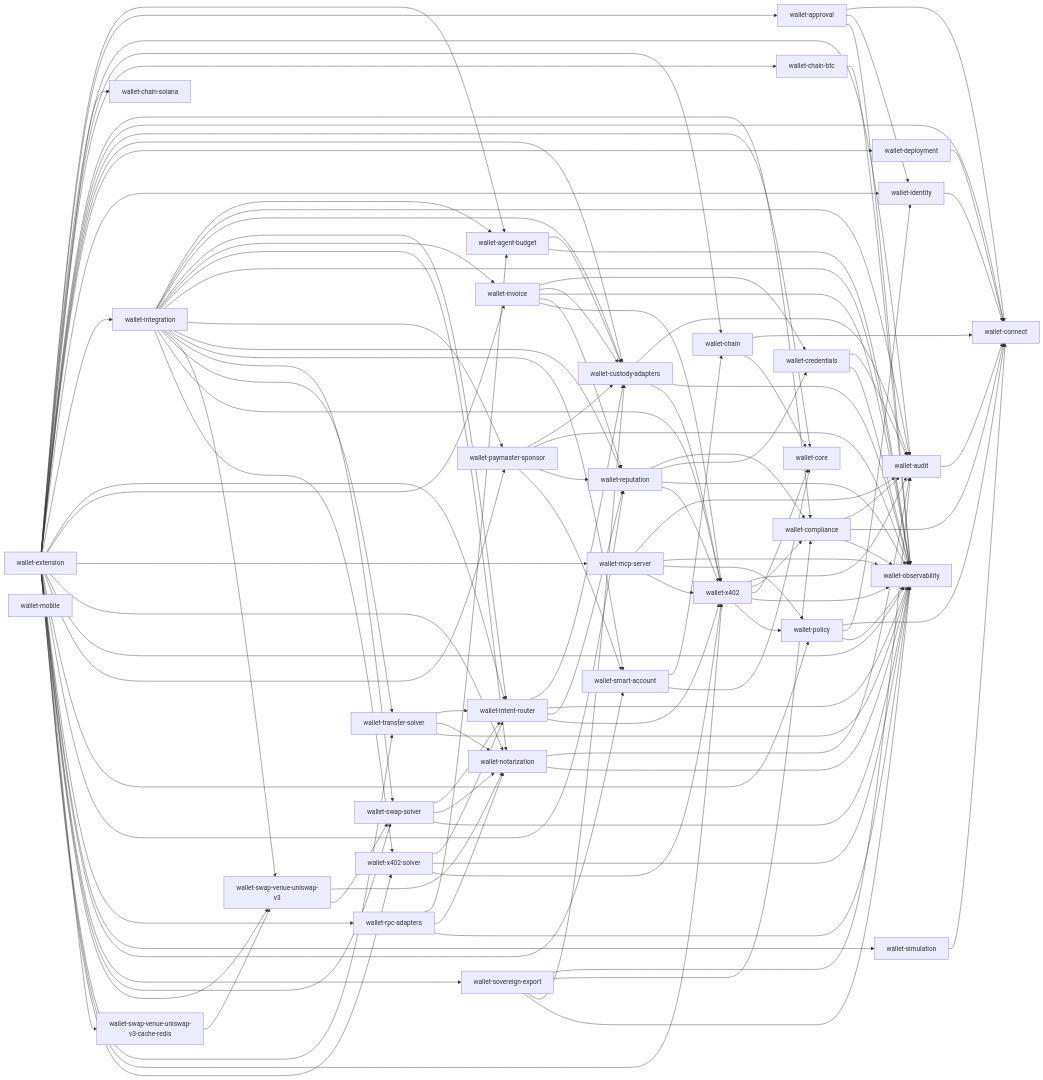
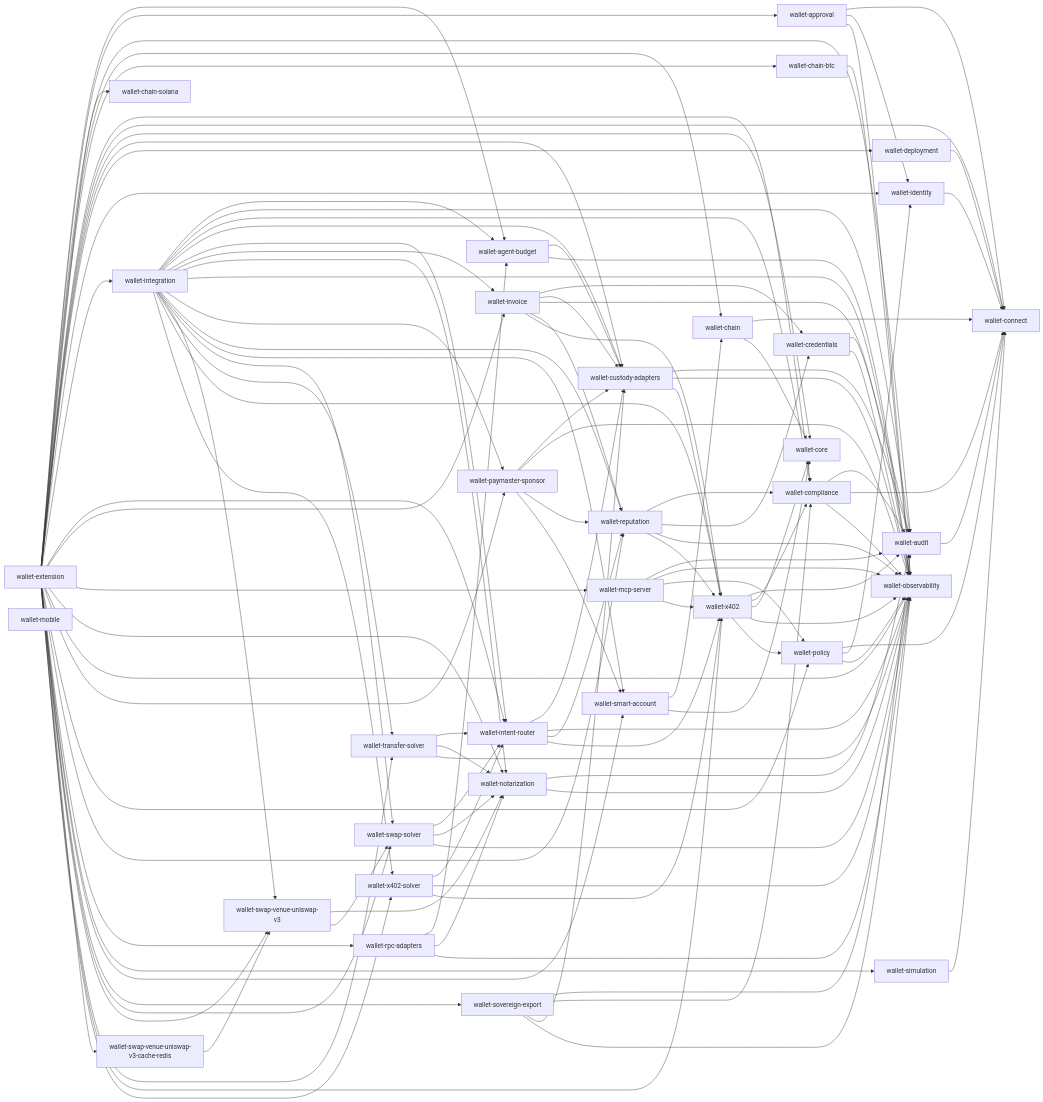
One commit to aethelred-foundation/wallet changed the diagram in reports/workspace-deps.mmd. Above: the diagram before and after it, drawn with Mermaid. The commit also changed 6 other files, not shown here.

```diff
--- a/reports/workspace-deps.mmd
+++ b/reports/workspace-deps.mmd
@@ -1,124 +1,125 @@
 flowchart LR
   wallet-agent-budget --> wallet-custody-adapters
   wallet-agent-budget --> wallet-observability
   wallet-approval --> wallet-connect
   wallet-approval --> wallet-identity
   wallet-approval --> wallet-observability
   wallet-audit --> wallet-connect
   wallet-chain --> wallet-connect
   wallet-chain --> wallet-core
   wallet-chain-btc --> wallet-observability
   wallet-chain-solana
   wallet-compliance --> wallet-audit
   wallet-compliance --> wallet-connect
   wallet-compliance --> wallet-observability
   wallet-connect
   wallet-core
   wallet-credentials --> wallet-audit
   wallet-credentials --> wallet-observability
   wallet-custody-adapters --> wallet-audit
   wallet-custody-adapters --> wallet-observability
   wallet-custody-adapters --> wallet-x402
   wallet-deployment --> wallet-connect
   wallet-extension --> wallet-agent-budget
   wallet-extension --> wallet-approval
   wallet-extension --> wallet-audit
   wallet-extension --> wallet-chain
   wallet-extension --> wallet-chain-btc
   wallet-extension --> wallet-chain-solana
   wallet-extension --> wallet-compliance
   wallet-extension --> wallet-connect
   wallet-extension --> wallet-core
   wallet-extension --> wallet-custody-adapters
   wallet-extension --> wallet-deployment
   wallet-extension --> wallet-identity
   wallet-extension --> wallet-integration
   wallet-extension --> wallet-intent-router
   wallet-extension --> wallet-invoice
   wallet-extension --> wallet-mcp-server
   wallet-extension --> wallet-notarization
   wallet-extension --> wallet-observability
   wallet-extension --> wallet-paymaster-sponsor
   wallet-extension --> wallet-policy
   wallet-extension --> wallet-reputation
   wallet-extension --> wallet-rpc-adapters
   wallet-extension --> wallet-simulation
   wallet-extension --> wallet-smart-account
   wallet-extension --> wallet-sovereign-export
   wallet-extension --> wallet-swap-solver
   wallet-extension --> wallet-swap-venue-uniswap-v3
   wallet-extension --> wallet-swap-venue-uniswap-v3-cache-redis
   wallet-extension --> wallet-transfer-solver
   wallet-extension --> wallet-x402
   wallet-extension --> wallet-x402-solver
   wallet-identity --> wallet-connect
   wallet-integration --> wallet-agent-budget
   wallet-integration --> wallet-audit
+  wallet-integration --> wallet-compliance
   wallet-integration --> wallet-custody-adapters
   wallet-integration --> wallet-intent-router
   wallet-integration --> wallet-invoice
   wallet-integration --> wallet-notarization
   wallet-integration --> wallet-observability
   wallet-integration --> wallet-paymaster-sponsor
   wallet-integration --> wallet-reputation
   wallet-integration --> wallet-smart-account
   wallet-integration --> wallet-swap-solver
   wallet-integration --> wallet-swap-venue-uniswap-v3
   wallet-integration --> wallet-transfer-solver
   wallet-integration --> wallet-x402
   wallet-integration --> wallet-x402-solver
   wallet-intent-router --> wallet-custody-adapters
   wallet-intent-router --> wallet-observability
   wallet-intent-router --> wallet-reputation
   wallet-intent-router --> wallet-x402
   wallet-invoice --> wallet-credentials
   wallet-invoice --> wallet-custody-adapters
   wallet-invoice --> wallet-observability
   wallet-invoice --> wallet-reputation
   wallet-invoice --> wallet-x402
   wallet-mcp-server --> wallet-audit
   wallet-mcp-server --> wallet-observability
   wallet-mcp-server --> wallet-policy
   wallet-mcp-server --> wallet-x402
   wallet-mobile
   wallet-notarization --> wallet-audit
   wallet-notarization --> wallet-observability
   wallet-observability
   wallet-paymaster-sponsor --> wallet-custody-adapters
   wallet-paymaster-sponsor --> wallet-observability
   wallet-paymaster-sponsor --> wallet-reputation
   wallet-paymaster-sponsor --> wallet-smart-account
   wallet-policy --> wallet-connect
   wallet-policy --> wallet-identity
   wallet-policy --> wallet-observability
   wallet-reputation --> wallet-compliance
   wallet-reputation --> wallet-credentials
   wallet-reputation --> wallet-observability
   wallet-reputation --> wallet-x402
   wallet-rpc-adapters --> wallet-agent-budget
   wallet-rpc-adapters --> wallet-notarization
   wallet-rpc-adapters --> wallet-observability
   wallet-simulation --> wallet-connect
   wallet-smart-account --> wallet-chain
   wallet-smart-account --> wallet-core
   wallet-sovereign-export --> wallet-audit
   wallet-sovereign-export --> wallet-compliance
   wallet-sovereign-export --> wallet-custody-adapters
   wallet-sovereign-export --> wallet-observability
   wallet-swap-solver --> wallet-intent-router
   wallet-swap-solver --> wallet-notarization
   wallet-swap-solver --> wallet-observability
   wallet-swap-venue-uniswap-v3 --> wallet-notarization
   wallet-swap-venue-uniswap-v3 --> wallet-swap-solver
   wallet-swap-venue-uniswap-v3-cache-redis --> wallet-swap-venue-uniswap-v3
   wallet-transfer-solver --> wallet-intent-router
   wallet-transfer-solver --> wallet-notarization
   wallet-transfer-solver --> wallet-observability
   wallet-x402 --> wallet-audit
   wallet-x402 --> wallet-compliance
   wallet-x402 --> wallet-core
   wallet-x402 --> wallet-observability
   wallet-x402 --> wallet-policy
   wallet-x402-solver --> wallet-intent-router
   wallet-x402-solver --> wallet-observability
   wallet-x402-solver --> wallet-x402
```
